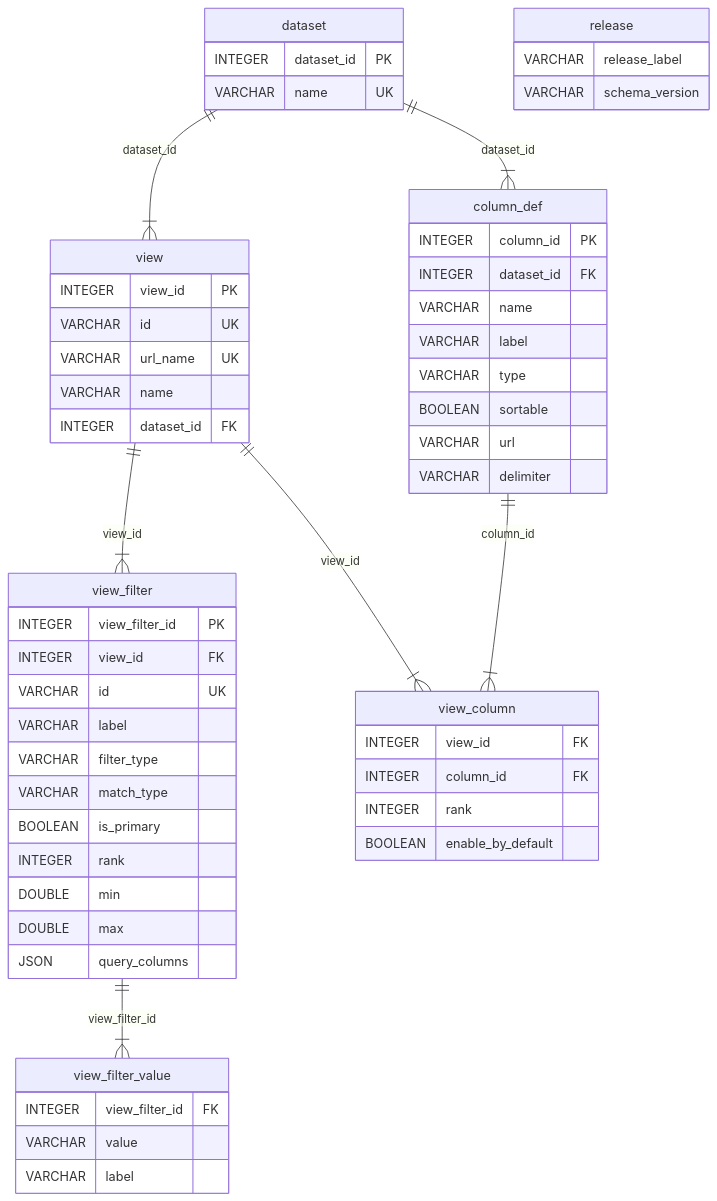
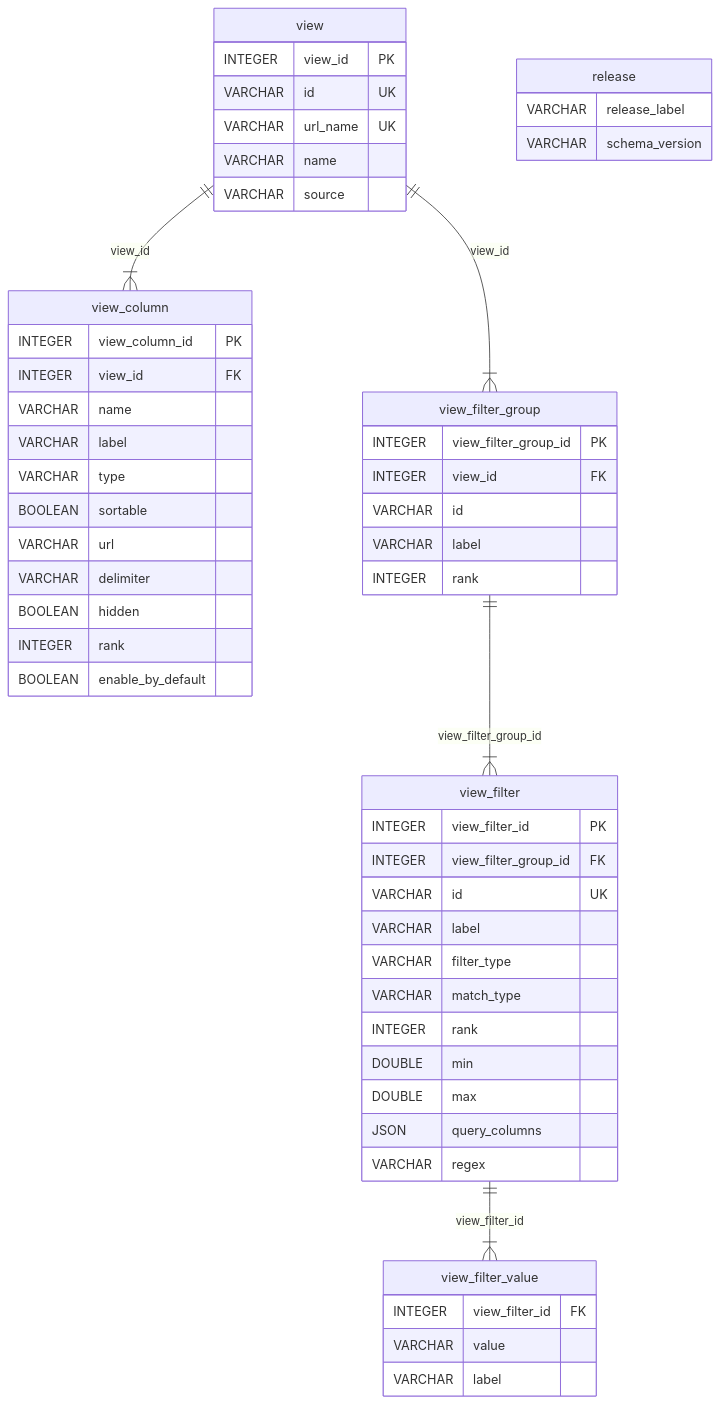
Before and after one commit to andrewyatz/data-loader-etl: the diagram in README.md, drawn with Mermaid. The commit also changed other lines of this file and 18 other files, not shown here.

Commit message:
Simplify schema by removing dataset and column_def tables, integrating column definitions into view_column, and adding regex filter support.

````diff
--- a/README.md
+++ b/README.md
@@ -96,65 +96,62 @@
 ```mermaid
 erDiagram
-    dataset {
-        INTEGER dataset_id PK
-        VARCHAR name UK
+    view {
+        INTEGER view_id PK
+        VARCHAR id UK
+        VARCHAR url_name UK
+        VARCHAR name
+        VARCHAR source
     }
 
-    column_def {
-        INTEGER column_id PK
-        INTEGER dataset_id FK
+    view_column {
+        INTEGER view_column_id PK
+        INTEGER view_id FK
         VARCHAR name
         VARCHAR label
         VARCHAR type
         BOOLEAN sortable
         VARCHAR url
         VARCHAR delimiter
+        BOOLEAN hidden
+        INTEGER rank
+        BOOLEAN enable_by_default
     }
 
-    view {
-        INTEGER view_id PK
-        VARCHAR id UK
-        VARCHAR url_name UK
-        VARCHAR name
-        INTEGER dataset_id FK
+    view_filter_group {
+        INTEGER view_filter_group_id PK
+        INTEGER view_id FK
+        VARCHAR id
+        VARCHAR label
+        INTEGER rank
     }
 
     view_filter {
         INTEGER view_filter_id PK
-        INTEGER view_id FK
+        INTEGER view_filter_group_id FK
         VARCHAR id UK
         VARCHAR label
         VARCHAR filter_type
         VARCHAR match_type
-        BOOLEAN is_primary
         INTEGER rank
         DOUBLE min
         DOUBLE max
         JSON query_columns
+        VARCHAR regex
     }
 
     view_filter_value {
         INTEGER view_filter_id FK
         VARCHAR value
         VARCHAR label
     }
 
-    view_column {
-        INTEGER view_id FK
-        INTEGER column_id FK
-        INTEGER rank
-        BOOLEAN enable_by_default
-    }
-
     release {
         VARCHAR release_label
         VARCHAR schema_version
     }
 
-    dataset ||--|{ column_def : dataset_id
-    dataset ||--|{ view : dataset_id
-    view ||--|{ view_filter : view_id
     view ||--|{ view_column : view_id
+    view ||--|{ view_filter_group : view_id
+    view_filter_group ||--|{ view_filter : view_filter_group_id
     view_filter ||--|{ view_filter_value : view_filter_id
-    column_def ||--|{ view_column : column_id
 ```
````
